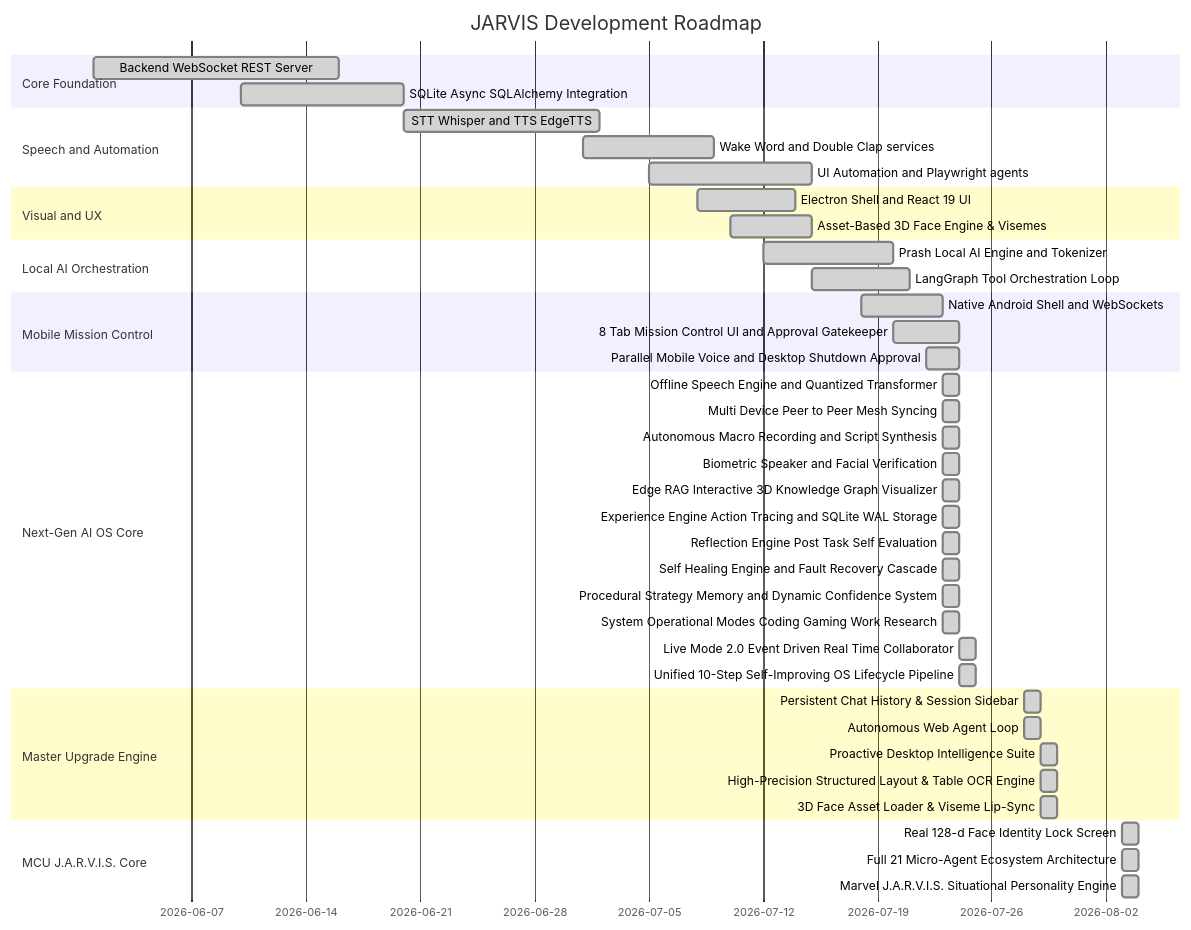
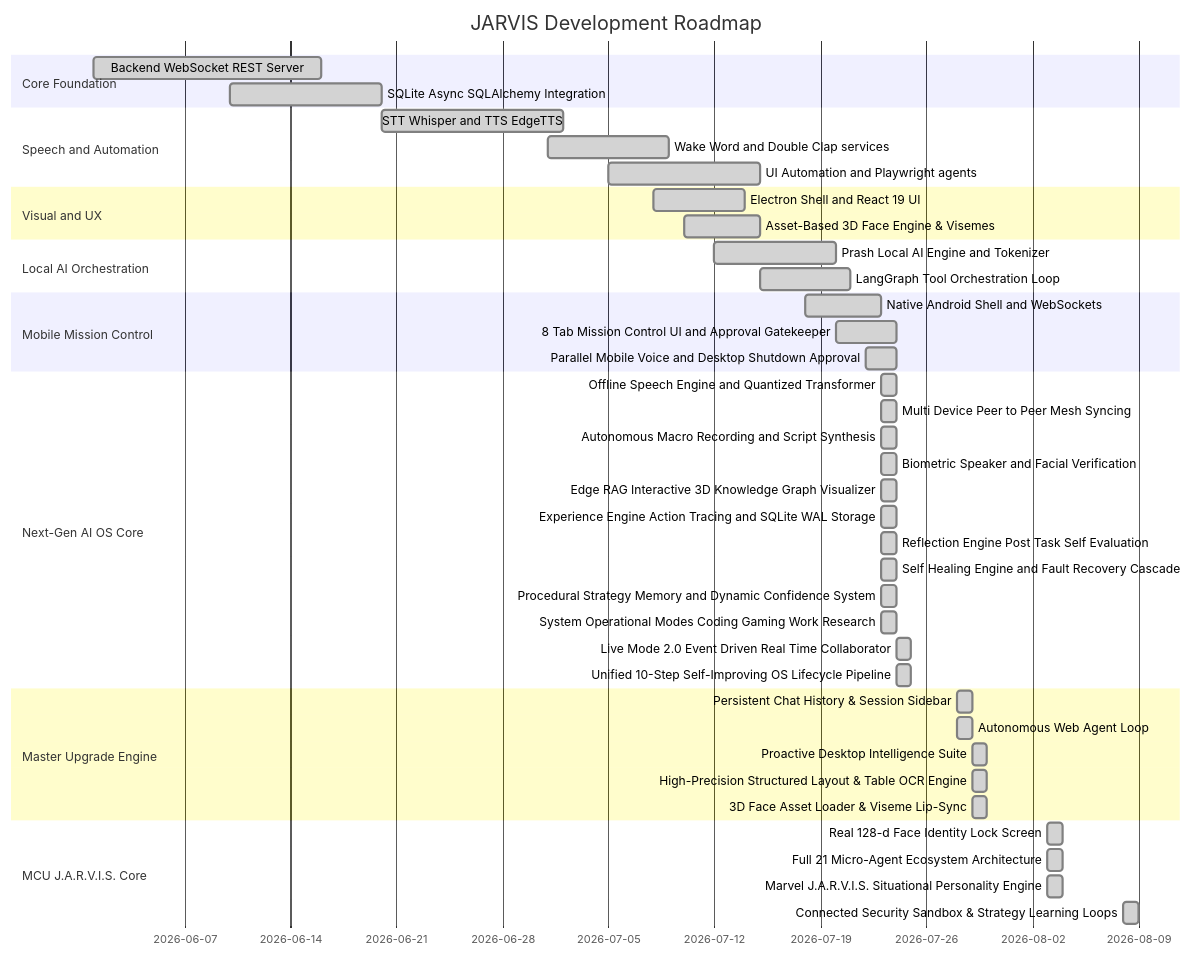
Before and after one commit to Ashrit-Raghupatruni/JARVIS: the diagram in documentations/uptodate.md, drawn with Mermaid. The commit also changed other lines of this file and 99 other files, not shown here.

Commit message:
feat: implement 6-pillar core control architecture upgrade, live mode spotlight, & cyan design system

````diff
--- a/documentations/uptodate.md
+++ b/documentations/uptodate.md
@@ -9,45 +9,46 @@
 ```mermaid
 gantt
     title JARVIS Development Roadmap
     dateFormat YYYY-MM-DD
     section Core Foundation
     Backend WebSocket REST Server :done, t1_1, 2026-06-01, 15d
     SQLite Async SQLAlchemy Integration :done, t1_2, 2026-06-10, 10d
     section Speech and Automation
     STT Whisper and TTS EdgeTTS :done, t2_1, 2026-06-20, 12d
     Wake Word and Double Clap services :done, t2_2, 2026-07-01, 8d
     UI Automation and Playwright agents :done, t2_3, 2026-07-05, 10d
     section Visual and UX
     Electron Shell and React 19 UI :done, t3_1, 2026-07-08, 6d
     Asset-Based 3D Face Engine & Visemes :done, t3_2, 2026-07-10, 5d
     section Local AI Orchestration
     Prash Local AI Engine and Tokenizer :done, t4_1, 2026-07-12, 8d
     LangGraph Tool Orchestration Loop :done, t4_2, 2026-07-15, 6d
     section Mobile Mission Control
     Native Android Shell and WebSockets :done, t5_1, 2026-07-18, 5d
     8 Tab Mission Control UI and Approval Gatekeeper :done, t5_2, 2026-07-20, 4d
     Parallel Mobile Voice and Desktop Shutdown Approval :done, t5_3, 2026-07-22, 2d
     section Next-Gen AI OS Core
     Offline Speech Engine and Quantized Transformer :done, t6_1, 2026-07-23, 1d
     Multi Device Peer to Peer Mesh Syncing :done, t6_2, 2026-07-23, 1d
     Autonomous Macro Recording and Script Synthesis :done, t6_3, 2026-07-23, 1d
     Biometric Speaker and Facial Verification :done, t6_4, 2026-07-23, 1d
     Edge RAG Interactive 3D Knowledge Graph Visualizer :done, t6_5, 2026-07-23, 1d
     Experience Engine Action Tracing and SQLite WAL Storage :done, t6_6, 2026-07-23, 1d
     Reflection Engine Post Task Self Evaluation :done, t6_7, 2026-07-23, 1d
     Self Healing Engine and Fault Recovery Cascade :done, t6_8, 2026-07-23, 1d
     Procedural Strategy Memory and Dynamic Confidence System :done, t6_9, 2026-07-23, 1d
     System Operational Modes Coding Gaming Work Research :done, t6_10, 2026-07-23, 1d
     Live Mode 2.0 Event Driven Real Time Collaborator :done, t6_11, 2026-07-24, 1d
     Unified 10-Step Self-Improving OS Lifecycle Pipeline :done, t6_12, 2026-07-24, 1d
     section Master Upgrade Engine
     Persistent Chat History & Session Sidebar :done, t7_1, 2026-07-28, 1d
     Autonomous Web Agent Loop :done, t7_2, 2026-07-28, 1d
     Proactive Desktop Intelligence Suite :done, t7_3, 2026-07-29, 1d
     High-Precision Structured Layout & Table OCR Engine :done, t7_4, 2026-07-29, 1d
     3D Face Asset Loader & Viseme Lip-Sync :done, t7_5, 2026-07-29, 1d
     section MCU J.A.R.V.I.S. Core
     Real 128-d Face Identity Lock Screen :done, t8_1, 2026-08-03, 1d
     Full 21 Micro-Agent Ecosystem Architecture :done, t8_2, 2026-08-03, 1d
     Marvel J.A.R.V.I.S. Situational Personality Engine :done, t8_3, 2026-08-03, 1d
+    Connected Security Sandbox & Strategy Learning Loops :done, t8_4, 2026-08-08, 1d
 ```
````
